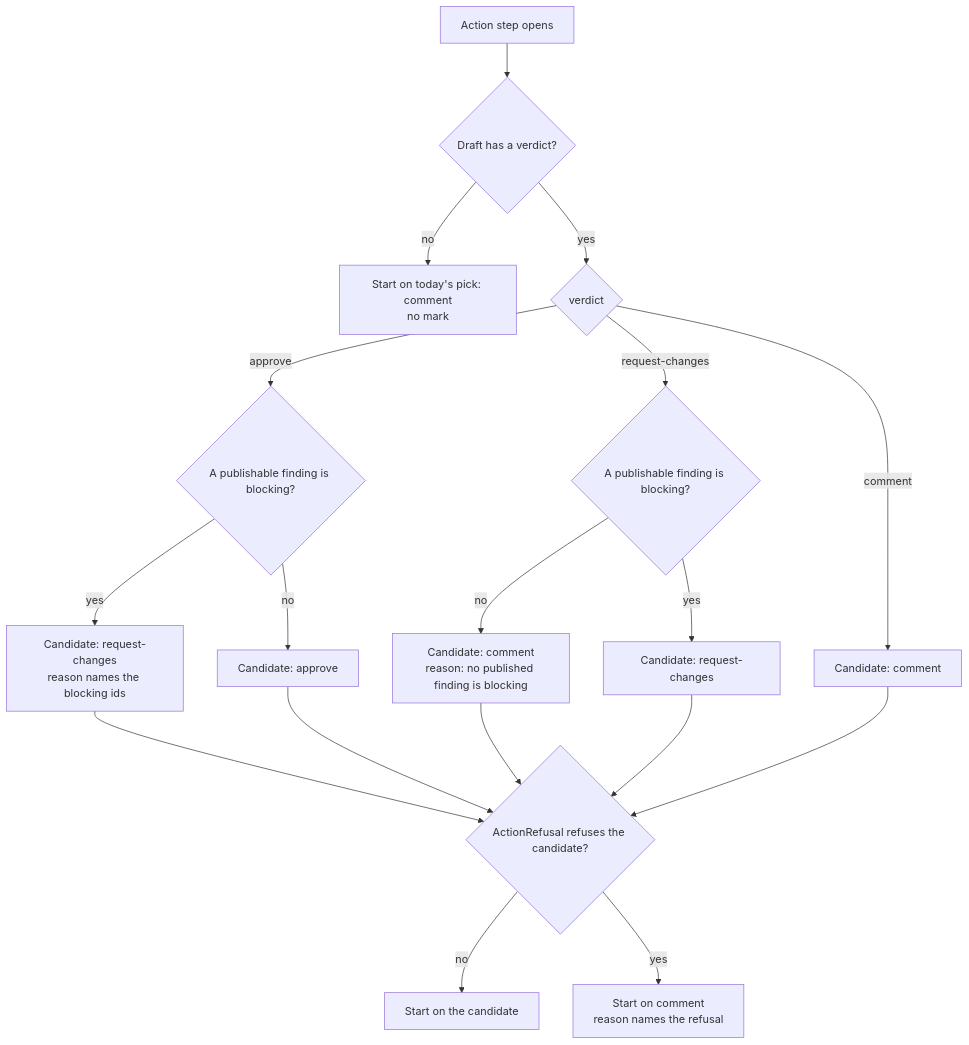
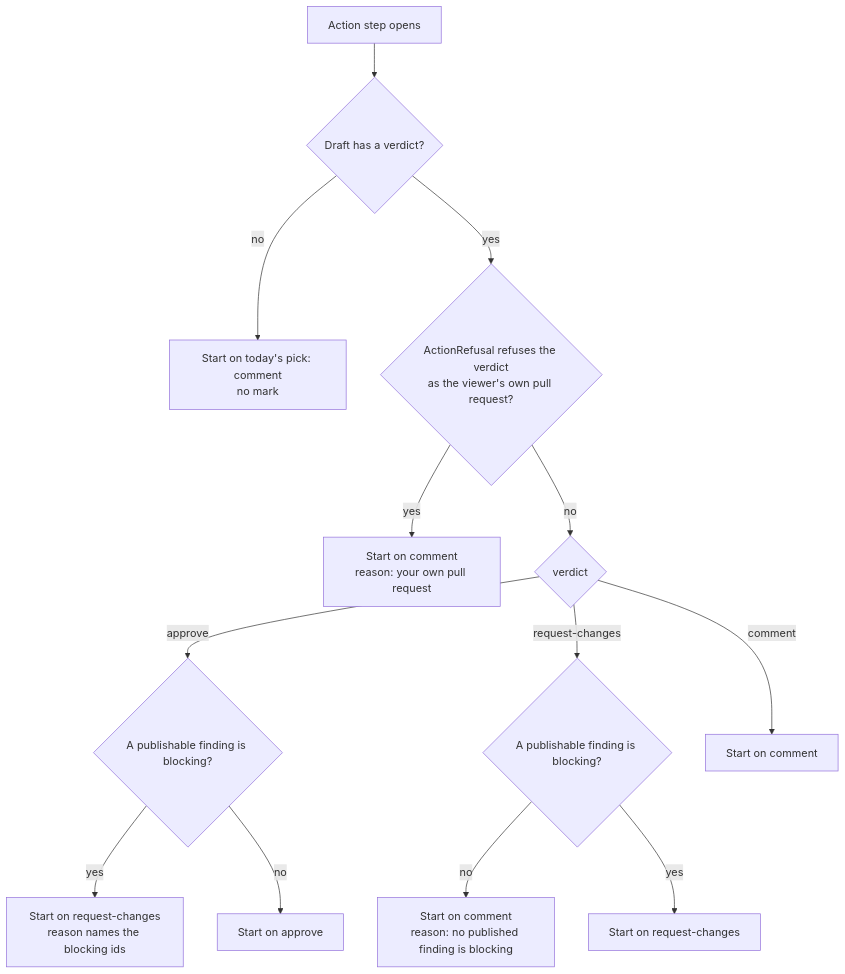
One commit to secondshift-labs/loupe changed the diagram in specs/059-recommended-verdict/spec.md. Above: the diagram before and after it, drawn with Mermaid. The commit also changed other lines of this file and 1 other file, not shown here.

Commit message:
docs(specs): put the own pull request first in spec 059's start rule
The flowchart, FR-006 and FR-008 still weighed the decisions first, which contradicted User Story 3 and the code, and research D9 still said every summary call assigns the verdict. Found by round 2 of the PR review on #161.

````diff
--- a/specs/059-recommended-verdict/spec.md
+++ b/specs/059-recommended-verdict/spec.md
@@ -55,20 +55,15 @@
 ```mermaid
 flowchart TD
     A[Action step opens] --> B{Draft has a verdict?}
     B -- no --> C[Start on today's pick: comment<br/>no mark]
-    B -- yes --> D{verdict}
+    B -- yes --> O{ActionRefusal refuses the verdict<br/>as the viewer's own pull request?}
+    O -- yes --> P[Start on comment<br/>reason: your own pull request]
+    O -- no --> D{verdict}
     D -- approve --> E{A publishable finding is blocking?}
-    E -- yes --> F[Candidate: request-changes<br/>reason names the blocking ids]
-    E -- no --> G[Candidate: approve]
+    E -- yes --> F[Start on request-changes<br/>reason names the blocking ids]
+    E -- no --> G[Start on approve]
     D -- request-changes --> H{A publishable finding is blocking?}
-    H -- no --> I[Candidate: comment<br/>reason: no published finding is blocking]
-    H -- yes --> J[Candidate: request-changes]
-    D -- comment --> K[Candidate: comment]
-    F --> L{ActionRefusal refuses the candidate?}
-    G --> L
-    I --> L
-    J --> L
-    K --> L
-    L -- no --> M[Start on the candidate]
-    L -- yes --> N[Start on comment<br/>reason names the refusal]
+    H -- no --> I[Start on comment<br/>reason: no published finding is blocking]
+    H -- yes --> J[Start on request-changes]
+    D -- comment --> K[Start on comment]
 ```
````
